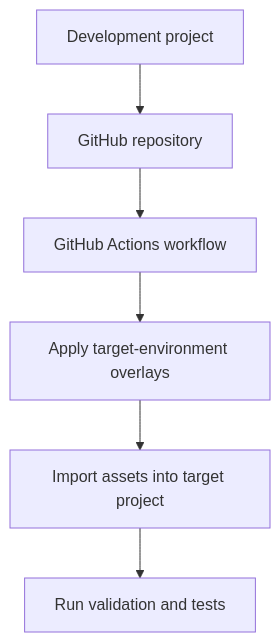
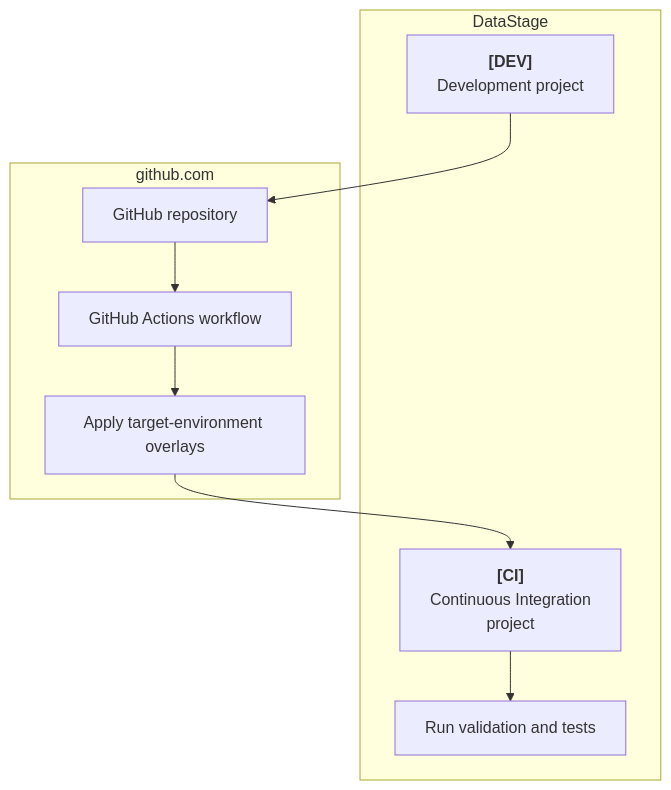
Before and after one commit to MettleCI/mcix-cli: the second of 3 diagrams in _pages/github/tutorial-intro.md, drawn with Mermaid. The commit also changed other lines of this file and 9 other files, not shown here.

````diff
--- a/_pages/github/tutorial-intro.md
+++ b/_pages/github/tutorial-intro.md
@@ -58,15 +132,19 @@
 ```mermaid
 flowchart TD
-    DEV["Development project"]
-    GIT["GitHub repository"]
-    ACTIONS["GitHub Actions workflow"]
-    OVERLAY["Apply target-environment overlays"]
-    IMPORT["Import assets into target project"]
-    VALIDATE["Run validation and tests"]
+    subgraph DS["DataStage"]
+      DEV["<b>[DEV]</b><br>Development project"]
+      IMPORT["<b>[CI]</b><br>Continuous Integration<br/>project"]
+      VALIDATE["Run validation and tests"]
+    end
+    subgraph GH["github.com"]
+      GIT["GitHub repository"]
+      ACTIONS["GitHub Actions workflow"]
+      OVERLAY["Apply target-environment overlays"]
+    end
 
     DEV --> GIT
     GIT --> ACTIONS
     ACTIONS --> OVERLAY
     OVERLAY --> IMPORT
     IMPORT --> VALIDATE
 ```
````
